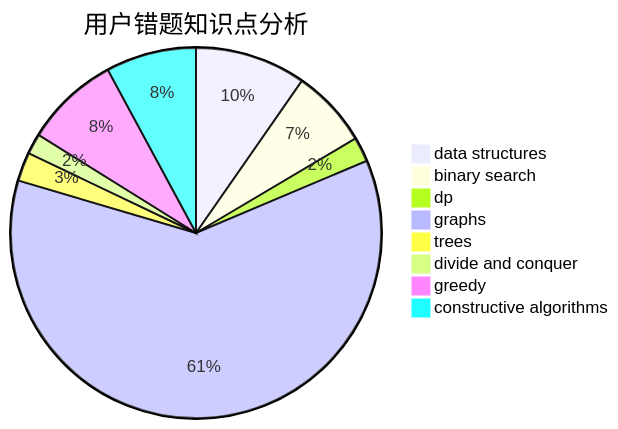
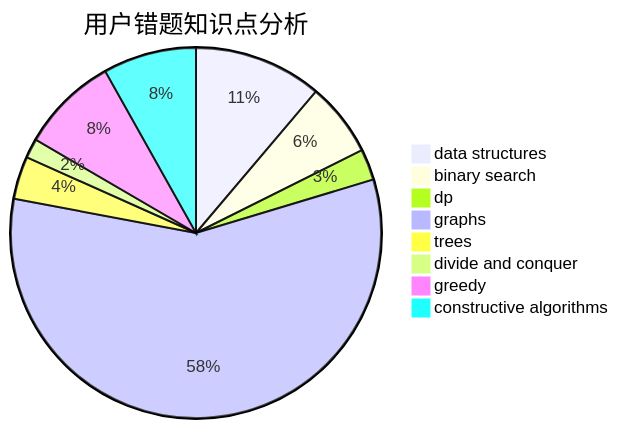
Before and after one commit to sherpahu/cfrs.github.io: the third of 3 diagrams in docs/user/u598.md, drawn with Mermaid. The commit also changed other lines of this file and 2770 other files, not shown here.

````diff
--- a/docs/user/u598.md
+++ b/docs/user/u598.md
@@ -36,11 +36,11 @@
 ```mermaid
 pie title 用户错题知识点分析
-    "data structures" :  27
+    "data structures" :  33
     "binary search" :  19
-    "dp" :  6
+    "dp" :  8
     "graphs" :  170
-    "trees" :  7
+    "trees" :  11
     "divide and conquer" :  5
-    "greedy" :  23
-    "constructive algorithms" :  22
+    "greedy" :  25
+    "constructive algorithms" :  24
 ```
````
